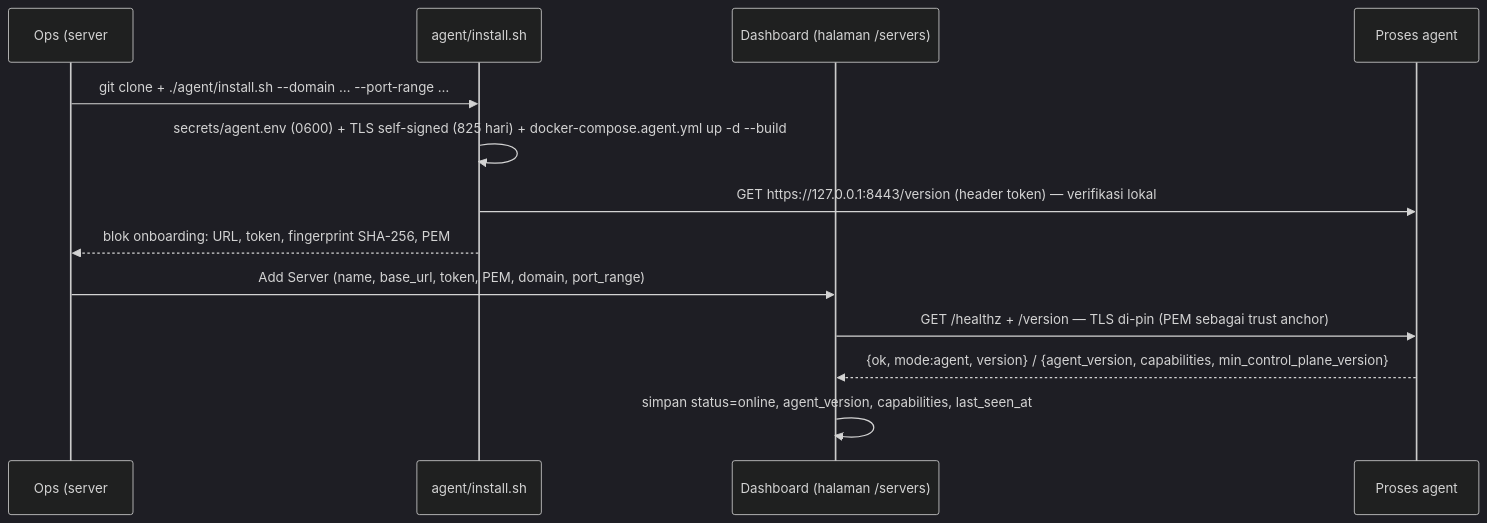
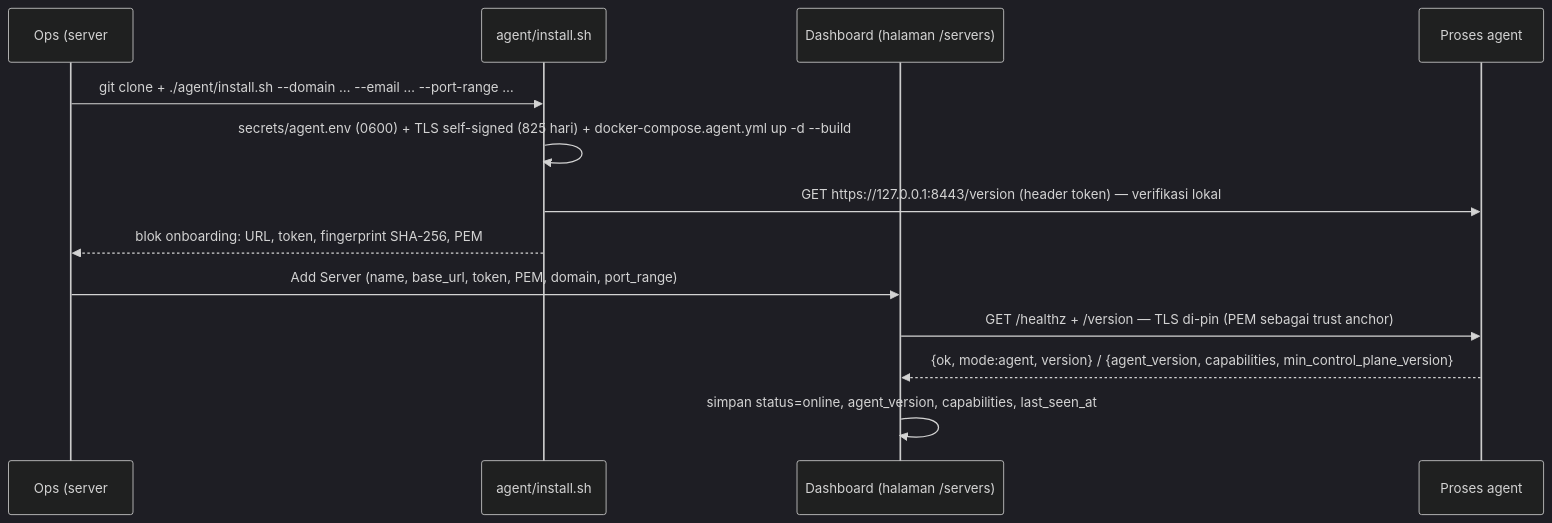
Before and after one commit to yllumi/rames: diagram 12 of 12 in ARCHITECTURE.md, drawn with Mermaid (dark theme). The commit also changed other lines of this file and 4 other files, not shown here.

````diff
--- a/ARCHITECTURE.md
+++ b/ARCHITECTURE.md
@@ -1108,15 +1108,15 @@
 ```mermaid
 sequenceDiagram
     participant Ops as Ops (server #2)
     participant SH as agent/install.sh
     participant CP as Dashboard (halaman /servers)
     participant AG as Proses agent
-    Ops->>SH: git clone + ./agent/install.sh --domain … --port-range …
+    Ops->>SH: git clone + ./agent/install.sh --domain … --email … --port-range …
     SH->>SH: secrets/agent.env (0600) + TLS self-signed (825 hari) + docker-compose.agent.yml up -d --build
     SH->>AG: GET https://127.0.0.1:8443/version (header token) — verifikasi lokal
     SH-->>Ops: blok onboarding: URL, token, fingerprint SHA-256, PEM
     Ops->>CP: Add Server (name, base_url, token, PEM, domain, port_range)
     CP->>AG: GET /healthz + /version — TLS di-pin (PEM sebagai trust anchor)
     AG-->>CP: {ok, mode:agent, version} / {agent_version, capabilities, min_control_plane_version}
     CP->>CP: simpan status=online, agent_version, capabilities, last_seen_at
 ```
````
